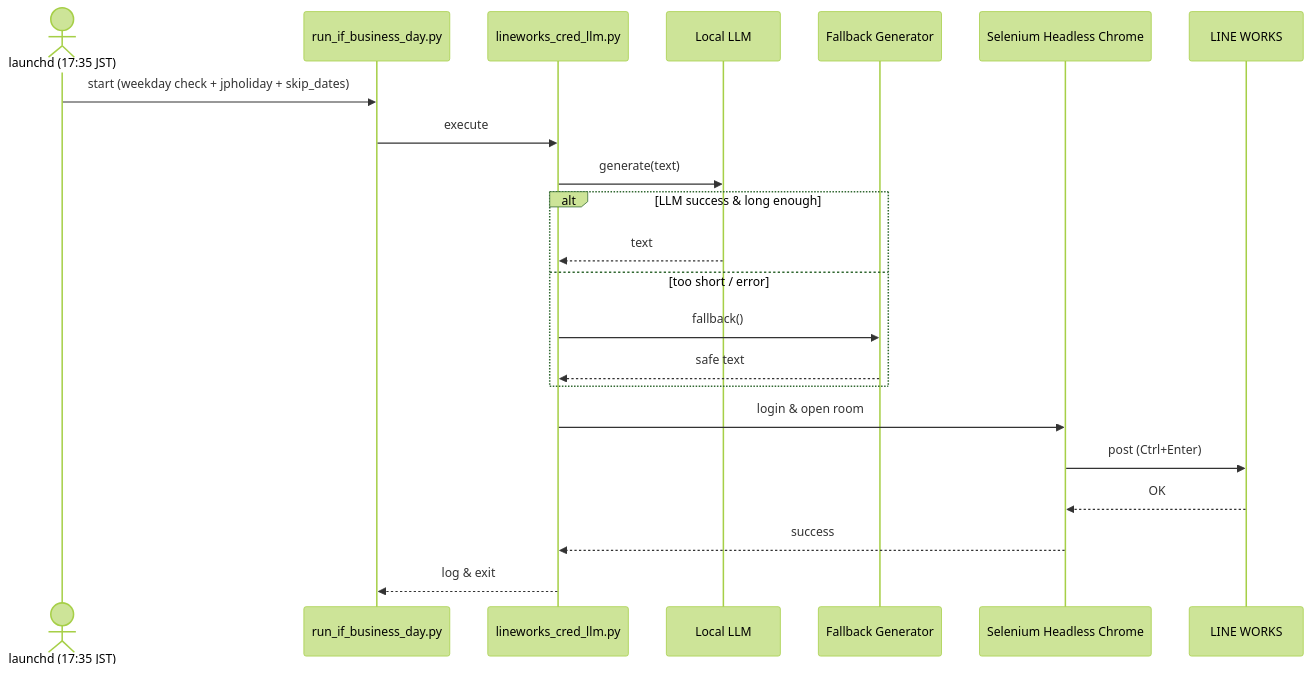
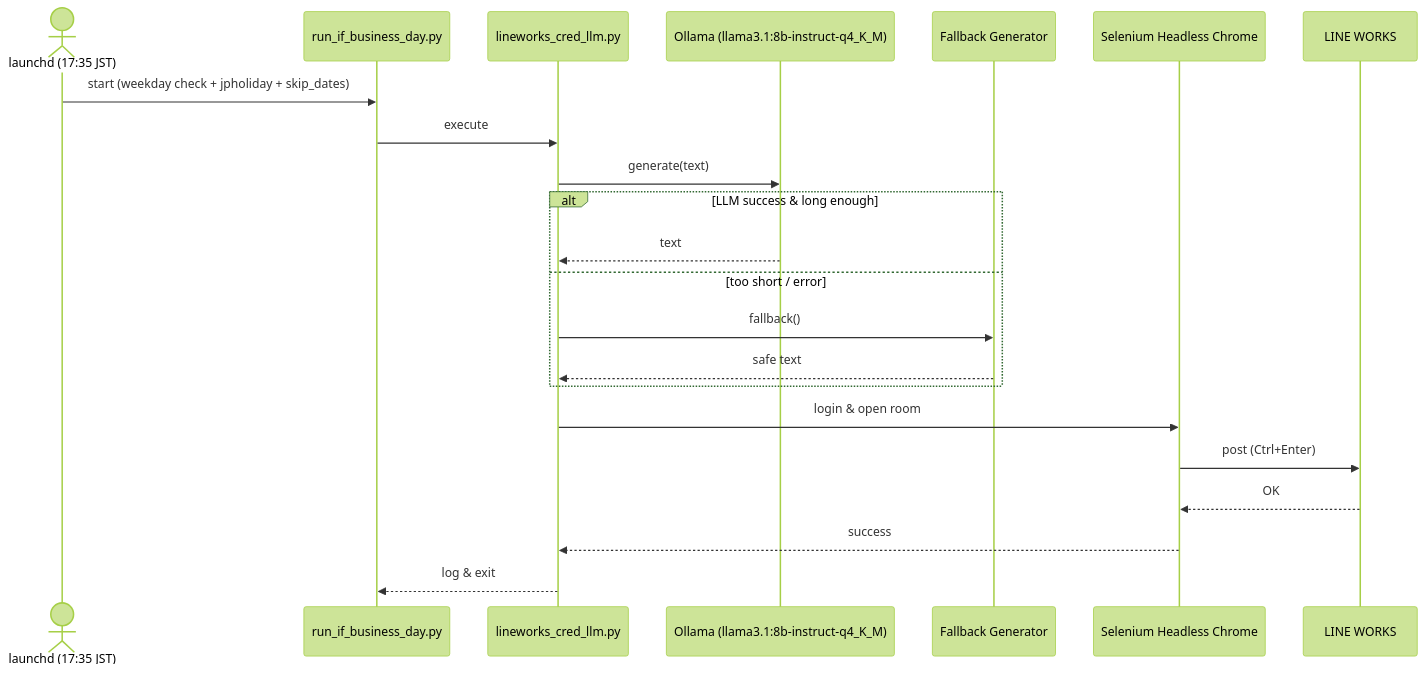
The first of 2 diagrams in README.md (leadlea/lineworks-slm), drawn with Mermaid (forest theme) before and after one commit. The commit also changed other lines of this file, not shown here.

Commit message:
docs: update README (Ollama llama3.1:8b q4_K_M)

````diff
--- a/README.md
+++ b/README.md
@@ -291,25 +256,25 @@
 ```mermaid
 sequenceDiagram
     actor Launchd as launchd (17:35 JST)
     participant Entrypoint as run_if_business_day.py
     participant Gen as lineworks_cred_llm.py
-    participant LLM as Local LLM
+    participant LLM as Ollama (llama3.1:8b-instruct-q4_K_M)
     participant FB as Fallback Generator
     participant Browser as Selenium Headless Chrome
     participant LW as LINE WORKS
 
     Launchd->>Entrypoint: start (weekday check + jpholiday + skip_dates)
     Entrypoint->>Gen: execute
     Gen->>LLM: generate(text)
     alt LLM success & long enough
       LLM-->>Gen: text
     else too short / error
       Gen->>FB: fallback()
       FB-->>Gen: safe text
     end
     Gen->>Browser: login & open room
     Browser->>LW: post (Ctrl+Enter)
     LW-->>Browser: OK
     Browser-->>Gen: success
     Gen-->>Entrypoint: log & exit
 ```
````
